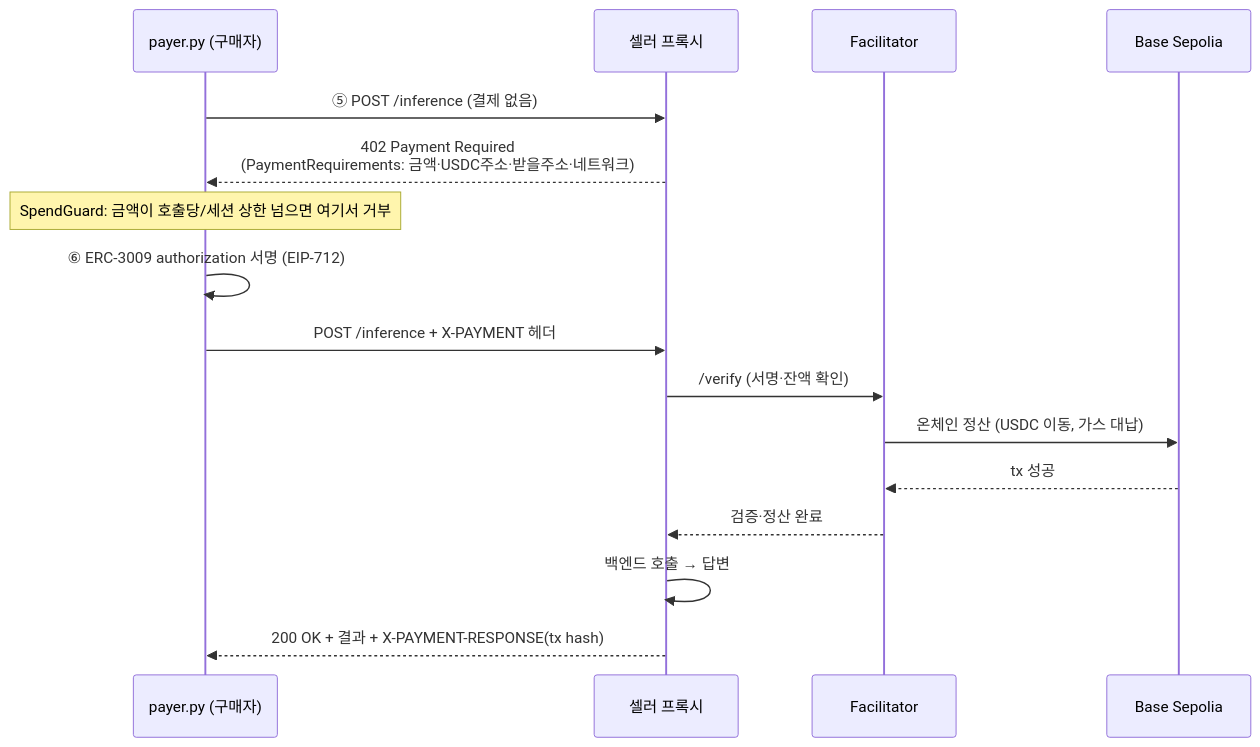
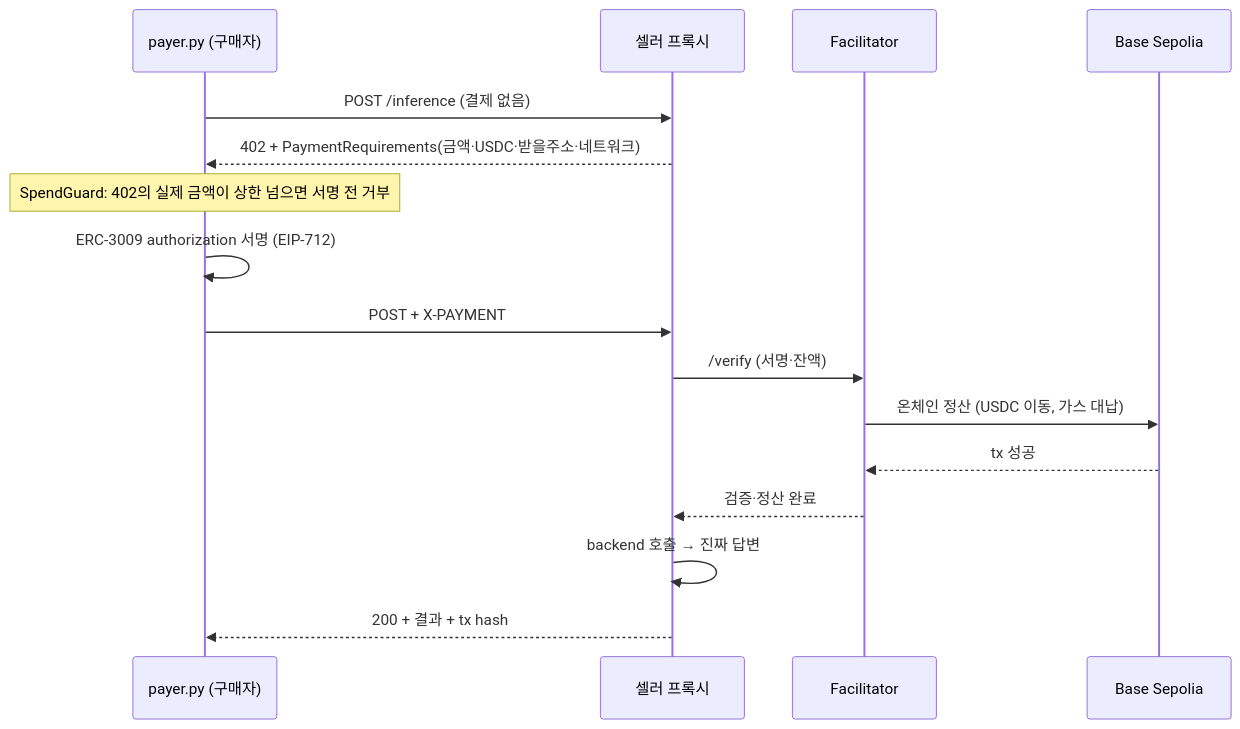
The second of 2 diagrams in docs/ARCHITECTURE.md (codenameVien/ai-purchasing-agent), drawn with Mermaid before and after one commit. The commit also changed other lines of this file and 2 other files, not shown here.

First line of the commit message:
📝 문서 현행화: 다중셀러 마켓·진짜 백엔드·사람 피드백 반영

````diff
--- a/docs/ARCHITECTURE.md
+++ b/docs/ARCHITECTURE.md
@@ -135,19 +119,18 @@
 ```mermaid
 sequenceDiagram
     participant P as payer.py (구매자)
     participant S as 셀러 프록시
     participant F as Facilitator
     participant C as Base Sepolia
-
-    P->>S: ⑤ POST /inference (결제 없음)
-    S-->>P: 402 Payment Required<br/>(PaymentRequirements: 금액·USDC주소·받을주소·네트워크)
-    Note over P: SpendGuard: 금액이 호출당/세션 상한 넘으면 여기서 거부
-    P->>P: ⑥ ERC-3009 authorization 서명 (EIP-712)
-    P->>S: POST /inference + X-PAYMENT 헤더
-    S->>F: /verify (서명·잔액 확인)
+    P->>S: POST /inference (결제 없음)
+    S-->>P: 402 + PaymentRequirements(금액·USDC·받을주소·네트워크)
+    Note over P: SpendGuard: 402의 실제 금액이 상한 넘으면 서명 전 거부
+    P->>P: ERC-3009 authorization 서명 (EIP-712)
+    P->>S: POST + X-PAYMENT
+    S->>F: /verify (서명·잔액)
     F->>C: 온체인 정산 (USDC 이동, 가스 대납)
     C-->>F: tx 성공
     F-->>S: 검증·정산 완료
-    S->>S: 백엔드 호출 → 답변
-    S-->>P: 200 OK + 결과 + X-PAYMENT-RESPONSE(tx hash)
+    S->>S: backend 호출 → 진짜 답변
+    S-->>P: 200 + 결과 + tx hash
 ```
````
